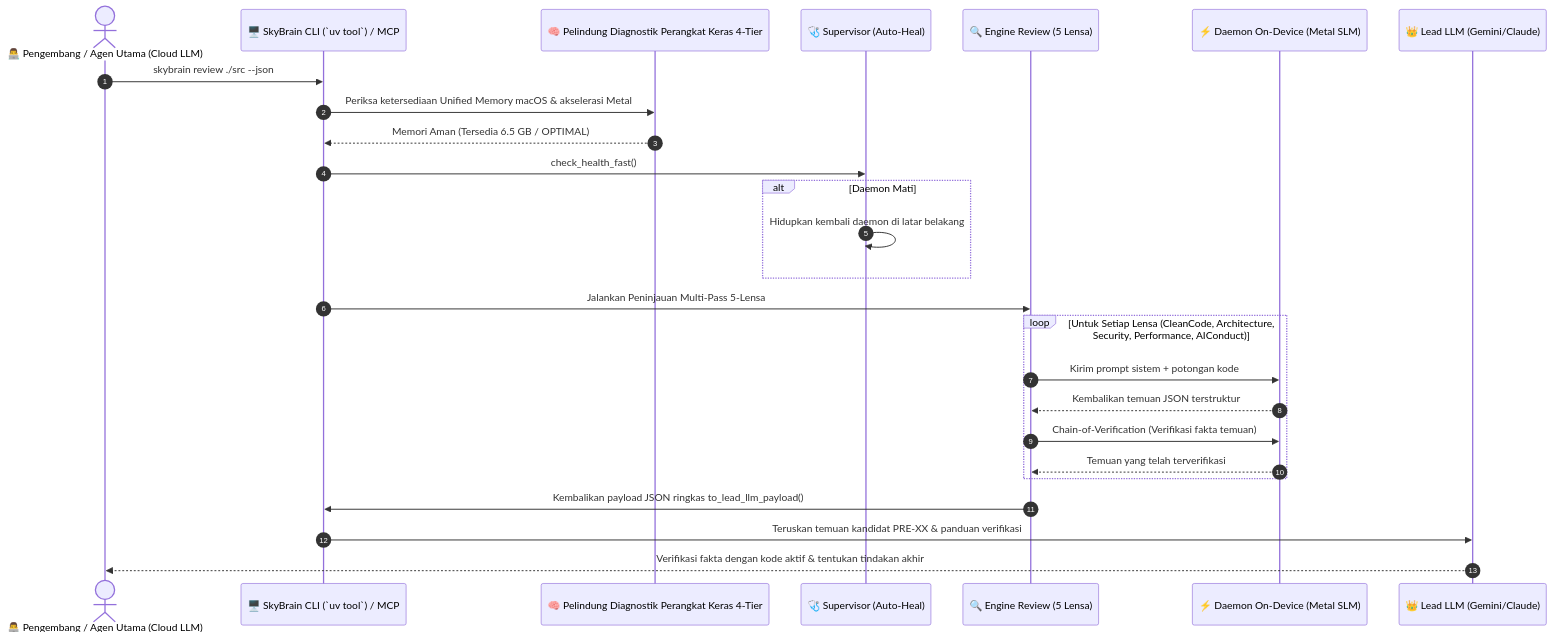
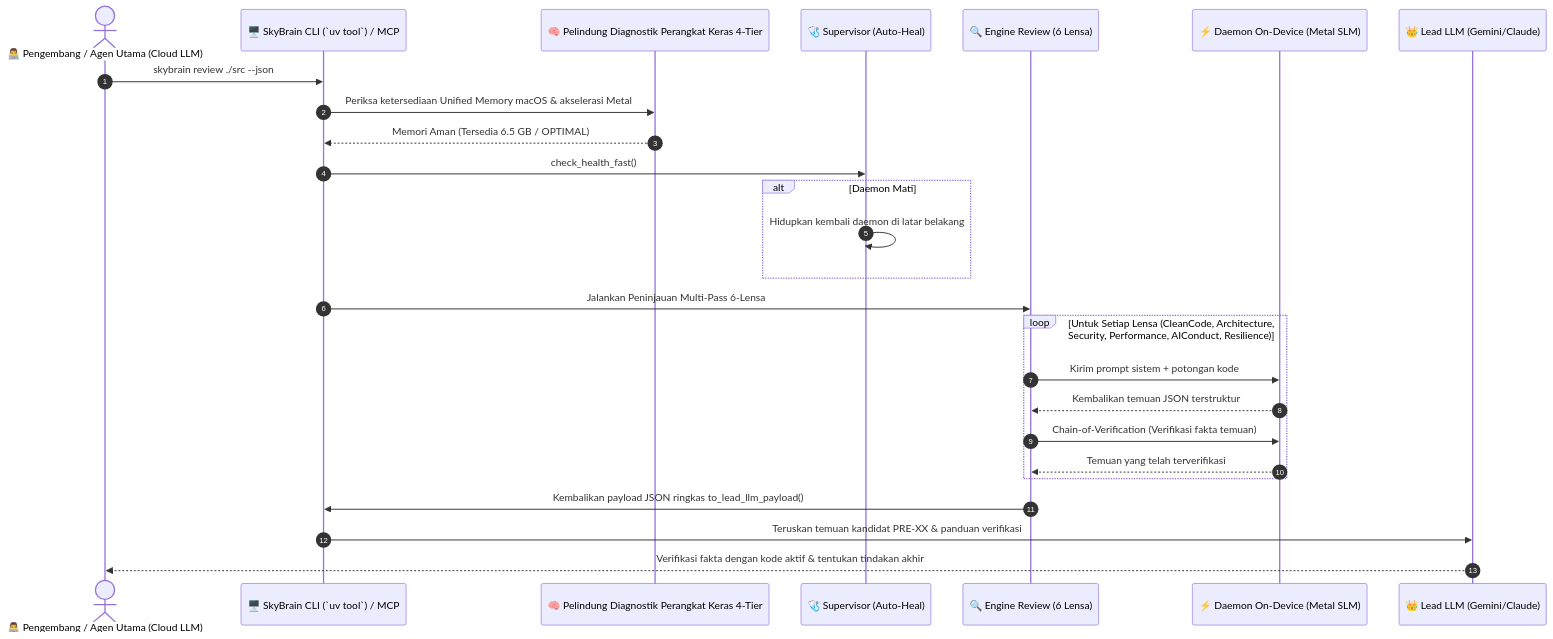
Before and after one commit to cobuild-ai/skybrain: the diagram in README.id.md, drawn with Mermaid. The commit also changed other lines of this file and 10 other files, not shown here.

Commit message:
feat(skybrain): release v0.3.0 with ResilienceLens, 6-lens review system, and contact unification (sanitized from 05306371)

````diff
--- a/README.id.md
+++ b/README.id.md
@@ -107,29 +109,29 @@
 ```mermaid
 sequenceDiagram
     autonumber
     actor Dev as 👨‍💻 Pengembang / Agen Utama (Cloud LLM)
     participant CLI as 🖥️ SkyBrain CLI (`uv tool`) / MCP
     participant Guard as 🧠 Pelindung Diagnostik Perangkat Keras 4-Tier
     participant Super as 🩺 Supervisor (Auto-Heal)
-    participant Engine as 🔍 Engine Review (5 Lensa)
+    participant Engine as 🔍 Engine Review (6 Lensa)
     participant Daemon as ⚡ Daemon On-Device (Metal SLM)
     participant Lead as 👑 Lead LLM (Gemini/Claude)
 
     Dev->>CLI: skybrain review ./src --json
     CLI->>Guard: Periksa ketersediaan Unified Memory macOS & akselerasi Metal
     Guard-->>CLI: Memori Aman (Tersedia 6.5 GB / OPTIMAL)
     CLI->>Super: check_health_fast()
     alt Daemon Mati
         Super->>Super: Hidupkan kembali daemon di latar belakang
     end
-    CLI->>Engine: Jalankan Peninjauan Multi-Pass 5-Lensa
-    loop Untuk Setiap Lensa (CleanCode, Architecture, Security, Performance, AIConduct)
+    CLI->>Engine: Jalankan Peninjauan Multi-Pass 6-Lensa
+    loop Untuk Setiap Lensa (CleanCode, Architecture, Security, Performance, AIConduct, Resilience)
         Engine->>Daemon: Kirim prompt sistem + potongan kode
         Daemon-->>Engine: Kembalikan temuan JSON terstruktur
         Engine->>Daemon: Chain-of-Verification (Verifikasi fakta temuan)
         Daemon-->>Engine: Temuan yang telah terverifikasi
     end
     Engine->>CLI: Kembalikan payload JSON ringkas to_lead_llm_payload()
     CLI->>Lead: Teruskan temuan kandidat PRE-XX & panduan verifikasi
     Lead-->>Dev: Verifikasi fakta dengan kode aktif & tentukan tindakan akhir
 ```
````
